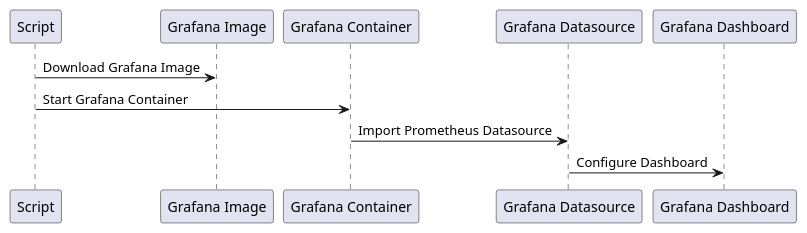
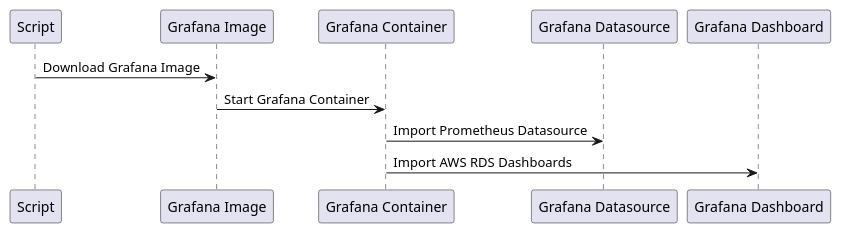
One commit to blro-ep/ITCNE23-SEM-III changed the fifth of 5 diagrams in Sequenzdiagramm.puml. Above: the diagram before and after it, drawn with PlantUML. The commit also changed other lines of this file and 1 other file, not shown here.

Commit message:
update sequenzdiagramms

```diff
--- a/Sequenzdiagramm.puml
+++ b/Sequenzdiagramm.puml
@@ -57,12 +57,12 @@
 @startuml Grafana
 participant "Script" as Script
 participant "Grafana Image" as Image
 participant "Grafana Container" as Container
 participant "Grafana Datasource" as Datasource
 participant "Grafana Dashboard" as Dashboard
 
 Script -> Image: Download Grafana Image
-Script -> Container: Start Grafana Container
+Image -> Container: Start Grafana Container
 Container -> Datasource: Import Prometheus Datasource
-Datasource -> Dashboard: Configure Dashboard
+Container -> Dashboard: Import AWS RDS Dashboards
 @enduml
```
